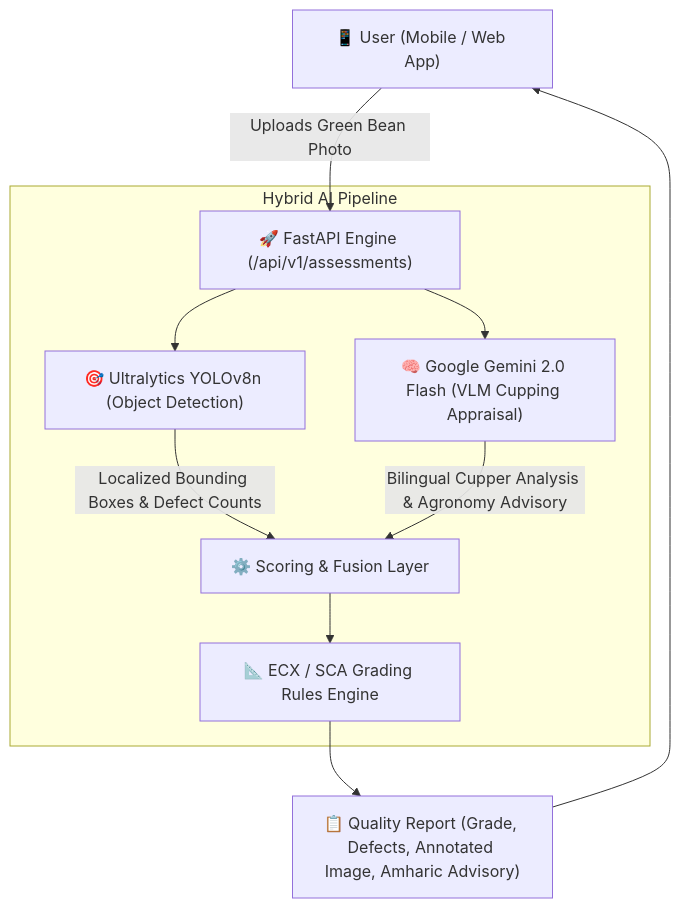
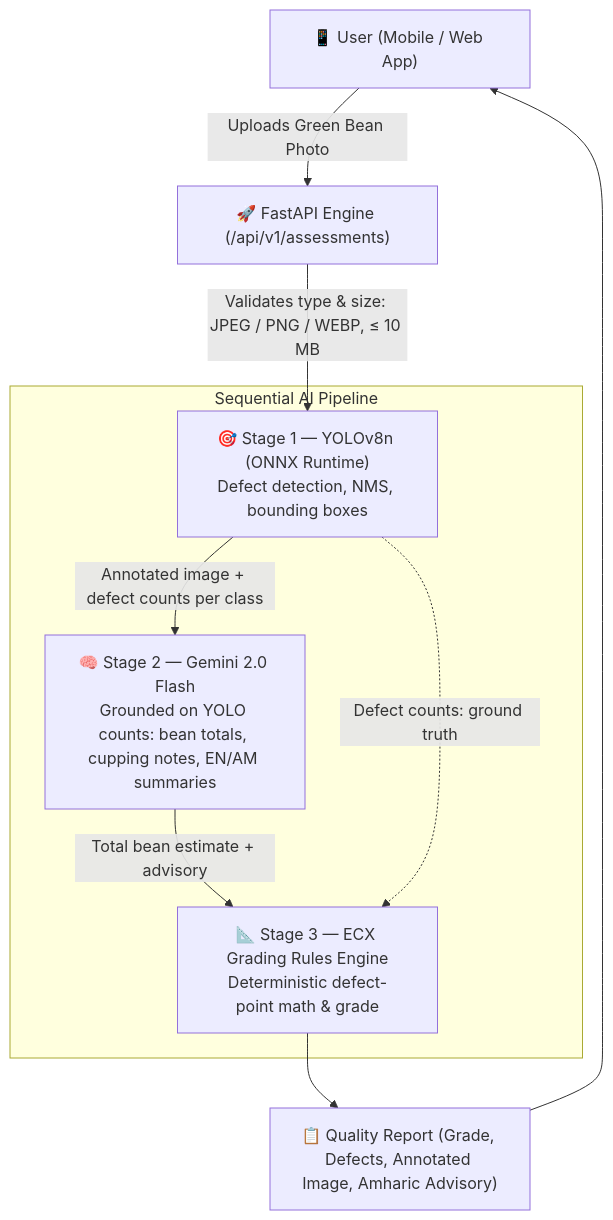
The diagram in README.md (josi1219/BunaVision), drawn with Mermaid before and after one commit. The commit also changed other lines of this file, not shown here.

Commit message:
docs: update README architecture

````diff
--- a/README.md
+++ b/README.md
@@ -31,17 +33,15 @@
 ```mermaid
 flowchart TD
     User["📱 User (Mobile / Web App)"] -->|Uploads Green Bean Photo| API["🚀 FastAPI Engine (/api/v1/assessments)"]
+    API -->|Validates type & size: JPEG / PNG / WEBP, ≤ 10 MB| YOLO
 
-    subgraph Hybrid AI Pipeline
-        API --> YOLO["🎯 Ultralytics YOLOv8n (Object Detection)"]
-        YOLO -->|Localized Bounding Boxes & Defect Counts| Fusion["⚙️ Scoring & Fusion Layer"]
-        
-        API --> VLM["🧠 Google Gemini 2.0 Flash (VLM Cupping Appraisal)"]
-        VLM -->|Bilingual Cupper Analysis & Agronomy Advisory| Fusion
-        
-        Fusion --> Rules["📐 ECX / SCA Grading Rules Engine"]
+    subgraph Pipeline["Sequential AI Pipeline"]
+        YOLO["🎯 Stage 1 — YOLOv8n (ONNX Runtime)<br/>Defect detection, NMS, bounding boxes"]
+        YOLO -->|Annotated image + defect counts per class| VLM["🧠 Stage 2 — Gemini 2.0 Flash<br/>Grounded on YOLO counts: bean totals, cupping notes, EN/AM summaries"]
+        VLM -->|Total bean estimate + advisory| Rules["📐 Stage 3 — ECX Grading Rules Engine<br/>Deterministic defect-point math & grade"]
+        YOLO -.->|Defect counts: ground truth| Rules
     end
 
     Rules --> Response["📋 Quality Report (Grade, Defects, Annotated Image, Amharic Advisory)"]
     Response --> User
 ```
````
